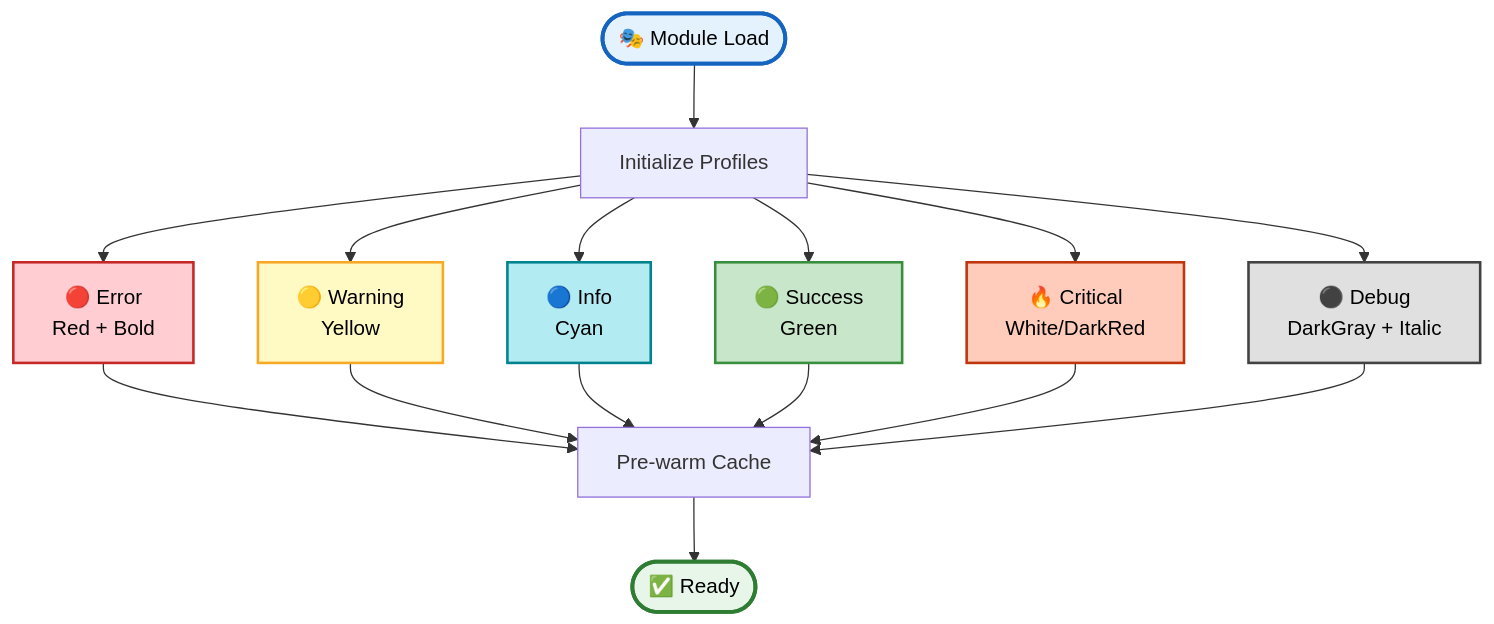
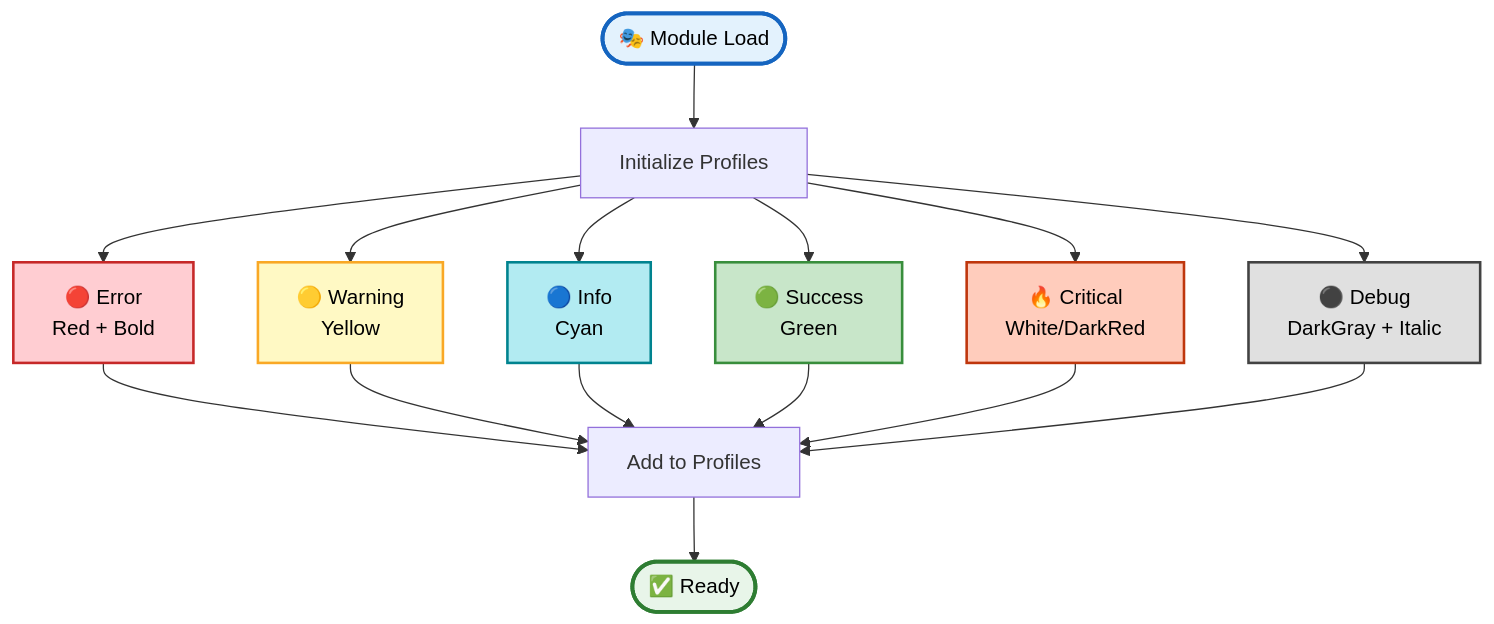
Before and after one commit to MarkusMcNugen/PSWriteColorEX: the eighth of 11 diagrams in README.md, drawn with Mermaid. The commit also changed other lines of this file and 26 other files, not shown here.

````diff
--- a/README.md
+++ b/README.md
@@ -471,29 +471,29 @@
 ```mermaid
 graph TD
     Start([🎭 Module Load]) --> InitProfiles[Initialize Profiles]
 
     InitProfiles --> Profile1[🔴 Error<br/>Red + Bold]
     InitProfiles --> Profile2[🟡 Warning<br/>Yellow]
     InitProfiles --> Profile3[🔵 Info<br/>Cyan]
     InitProfiles --> Profile4[🟢 Success<br/>Green]
     InitProfiles --> Profile5[🔥 Critical<br/>White/DarkRed]
     InitProfiles --> Profile6[⚫ Debug<br/>DarkGray + Italic]
 
-    Profile1 --> Cache[Pre-warm Cache]
-    Profile2 --> Cache
-    Profile3 --> Cache
-    Profile4 --> Cache
-    Profile5 --> Cache
-    Profile6 --> Cache
+    Profile1 --> Register[Add to Profiles]
+    Profile2 --> Register
+    Profile3 --> Register
+    Profile4 --> Register
+    Profile5 --> Register
+    Profile6 --> Register
 
-    Cache --> Ready([✅ Ready])
+    Register --> Ready([✅ Ready])
 
     style Start fill:#e3f2fd,stroke:#1565c0,stroke-width:3px,color:#000
     style Ready fill:#e8f5e9,stroke:#2e7d32,stroke-width:3px,color:#000
     style Profile1 fill:#ffcdd2,stroke:#c62828,stroke-width:2px,color:#000
     style Profile2 fill:#fff9c4,stroke:#f9a825,stroke-width:2px,color:#000
     style Profile3 fill:#b2ebf2,stroke:#00838f,stroke-width:2px,color:#000
     style Profile4 fill:#c8e6c9,stroke:#388e3c,stroke-width:2px,color:#000
     style Profile5 fill:#ffccbc,stroke:#bf360c,stroke-width:2px,color:#000
     style Profile6 fill:#e0e0e0,stroke:#424242,stroke-width:2px,color:#000
 ```
````
